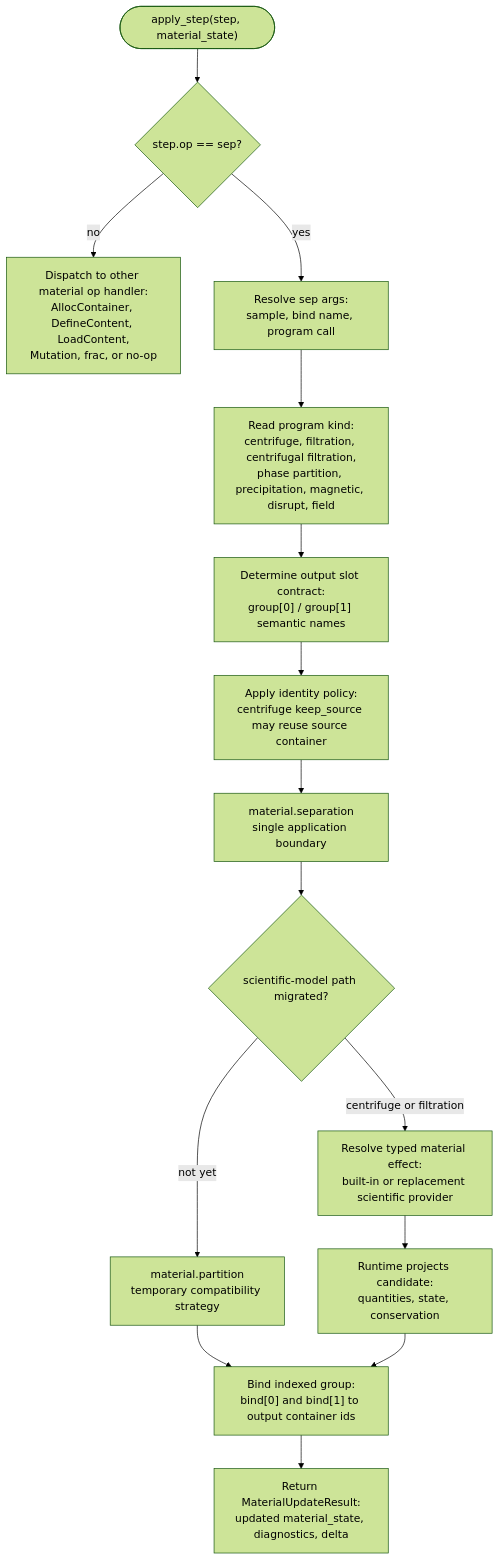
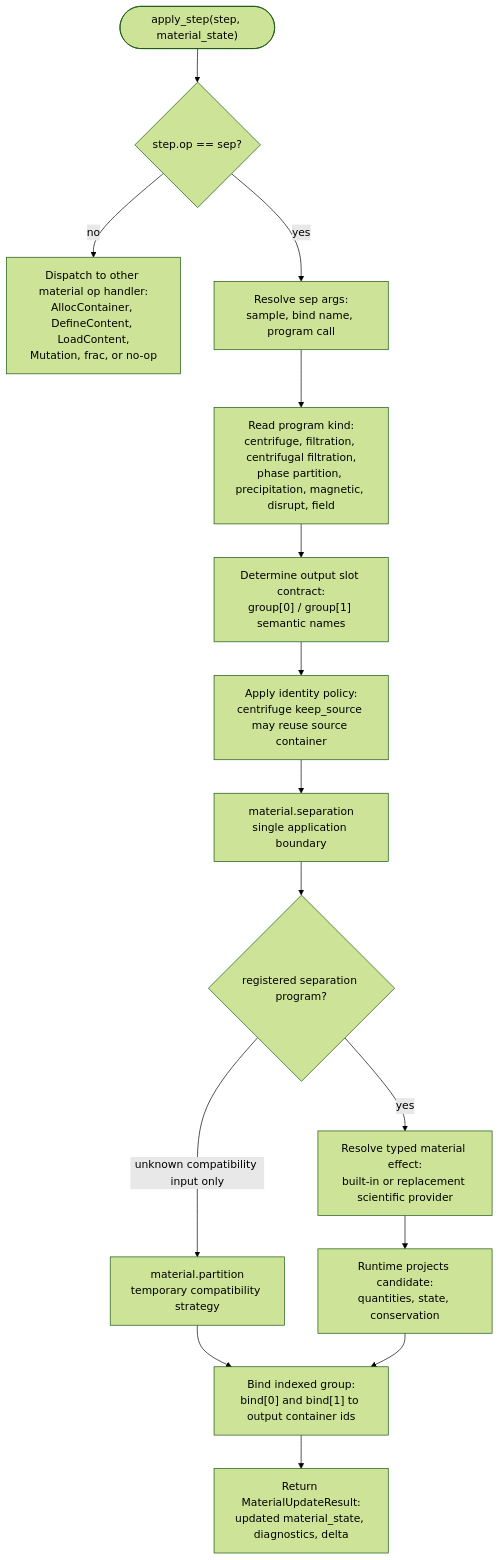
The seventh of 13 diagrams in docs/architecture/runtime_module_diagrams.md (culsma/culsma), drawn with Mermaid (forest theme) before and after one commit. The commit also changed other lines of this file and 16 other files, not shown here.

Commit message:
feat(material): complete scientific separation migration

````diff
--- a/docs/architecture/runtime_module_diagrams.md
+++ b/docs/architecture/runtime_module_diagrams.md
@@ -513,32 +513,32 @@
 ```mermaid
 flowchart TB
     Start(["apply_step(step, material_state)"])
     Op{"step.op == sep?"}
     Other["Dispatch to other material op handler:<br/>AllocContainer, DefineContent, LoadContent,<br/>Mutation, frac, or no-op"]
     Resolve["Resolve sep args:<br/>sample, bind name, program call"]
     Program["Read program kind:<br/>centrifuge, filtration, centrifugal filtration,<br/>phase partition, precipitation, magnetic, disrupt, field"]
     Slots["Determine output slot contract:<br/>group[0] / group[1] semantic names"]
     Identity["Apply identity policy:<br/>centrifuge keep_source may reuse source container"]
     Separation["material.separation<br/>single application boundary"]
-    Gate{"scientific-model path migrated?"}
+    Gate{"registered separation program?"}
     ResolveEffect["Resolve typed material effect:<br/>built-in or replacement scientific provider"]
     Legacy["material.partition<br/>temporary compatibility strategy"]
     Project["Runtime projects candidate:<br/>quantities, state, conservation"]
     Bind["Bind indexed group:<br/>bind[0] and bind[1] to output container ids"]
     Delta["Return MaterialUpdateResult:<br/>updated material_state, diagnostics, delta"]
 
     Start --> Op
     Op -->|no| Other
     Op -->|yes| Resolve
     Resolve --> Program
     Program --> Slots
     Slots --> Identity
     Identity --> Separation
     Separation --> Gate
-    Gate -->|centrifuge or filtration| ResolveEffect
-    Gate -->|not yet| Legacy
+    Gate -->|yes| ResolveEffect
+    Gate -->|unknown compatibility input only| Legacy
     ResolveEffect --> Project
     Legacy --> Bind
     Project --> Bind
     Bind --> Delta
 ```
````
